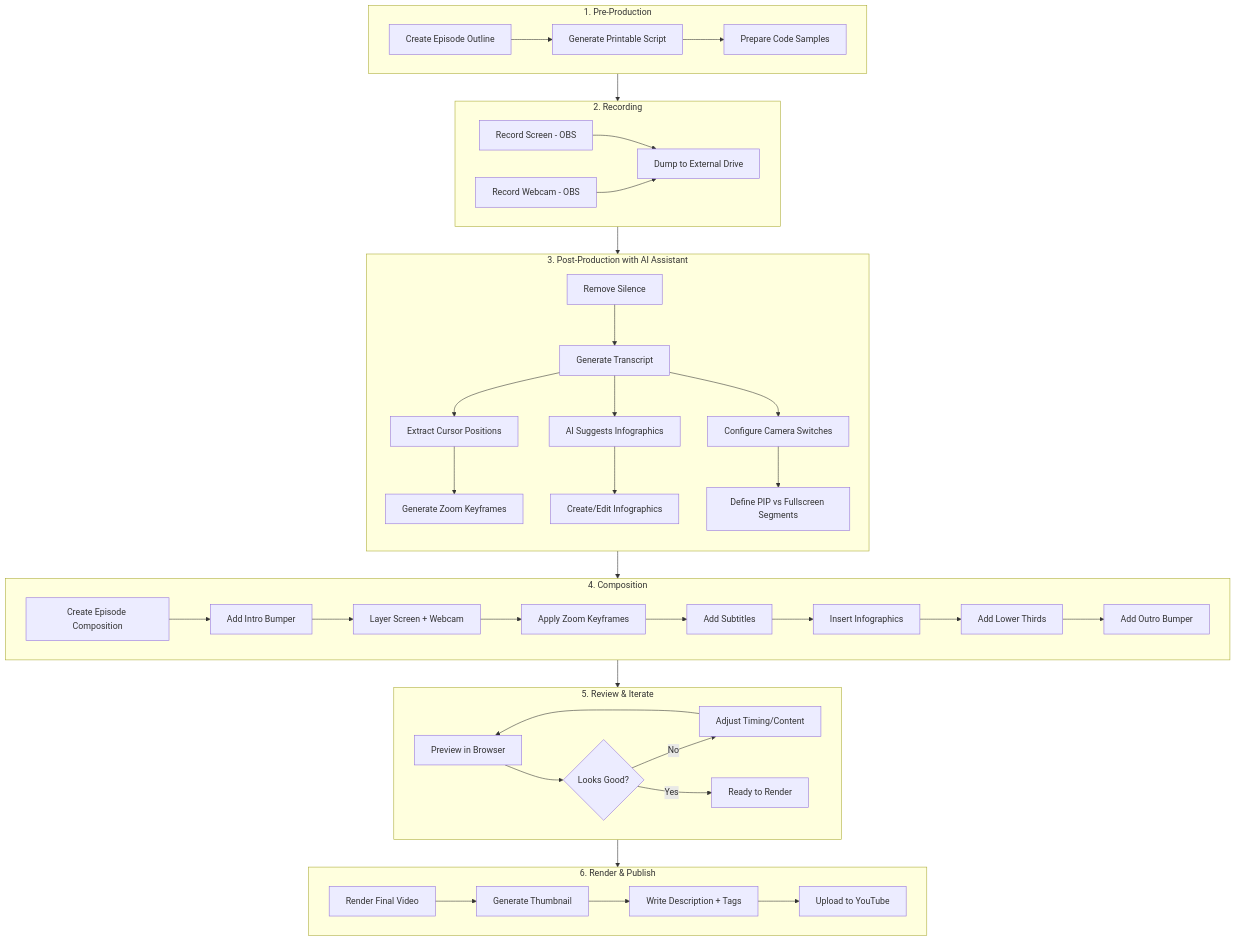
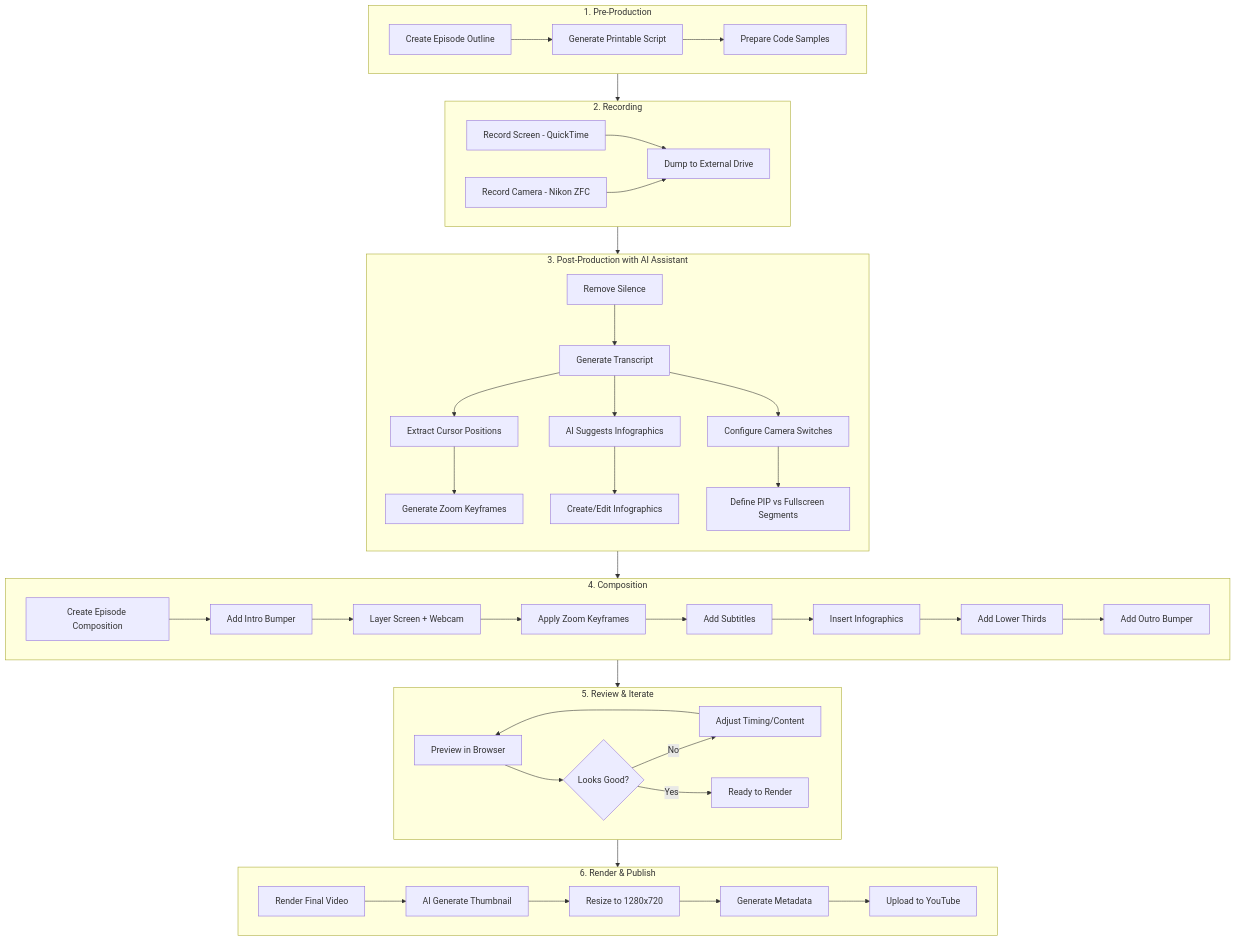
The diagram in README.md (artivisi/ai-assisted-video-editor), drawn with Mermaid before and after one commit. The commit also changed other lines of this file, not shown here.

First line of the commit message:
Update README with actual recording tools and AI thumbnail workflow

````diff
--- a/README.md
+++ b/README.md
@@ -7,52 +7,53 @@
 ```mermaid
 flowchart TD
     subgraph PRE["1. Pre-Production"]
         A1[Create Episode Outline] --> A2[Generate Printable Script]
         A2 --> A3[Prepare Code Samples]
     end
 
     subgraph REC["2. Recording"]
-        B1[Record Screen - OBS] --> B3[Dump to External Drive]
-        B2[Record Webcam - OBS] --> B3
+        B1[Record Screen - QuickTime] --> B3[Dump to External Drive]
+        B2[Record Camera - Nikon ZFC] --> B3
     end
 
     subgraph POST["3. Post-Production with AI Assistant"]
         direction TB
         C1[Remove Silence] --> C2[Generate Transcript]
         C2 --> C3[Extract Cursor Positions]
         C3 --> C4[Generate Zoom Keyframes]
         C2 --> C5[AI Suggests Infographics]
         C5 --> C6[Create/Edit Infographics]
         C2 --> C7[Configure Camera Switches]
         C7 --> C8[Define PIP vs Fullscreen Segments]
     end
 
     subgraph COMP["4. Composition"]
         D1[Create Episode Composition] --> D2[Add Intro Bumper]
         D2 --> D3[Layer Screen + Webcam]
         D3 --> D4[Apply Zoom Keyframes]
         D4 --> D5[Add Subtitles]
         D5 --> D6[Insert Infographics]
         D6 --> D7[Add Lower Thirds]
         D7 --> D8[Add Outro Bumper]
     end
 
     subgraph REVIEW["5. Review & Iterate"]
         E1[Preview in Browser] --> E2{Looks Good?}
         E2 -->|No| E3[Adjust Timing/Content]
         E3 --> E1
         E2 -->|Yes| E4[Ready to Render]
     end
 
     subgraph PUBLISH["6. Render & Publish"]
-        F1[Render Final Video] --> F2[Generate Thumbnail]
-        F2 --> F3[Write Description + Tags]
+        F1[Render Final Video] --> F2[AI Generate Thumbnail]
+        F2 --> F2b[Resize to 1280x720]
+        F2b --> F3[Generate Metadata]
         F3 --> F4[Upload to YouTube]
     end
 
     PRE --> REC
     REC --> POST
     POST --> COMP
     COMP --> REVIEW
     REVIEW --> PUBLISH
 ```
````
